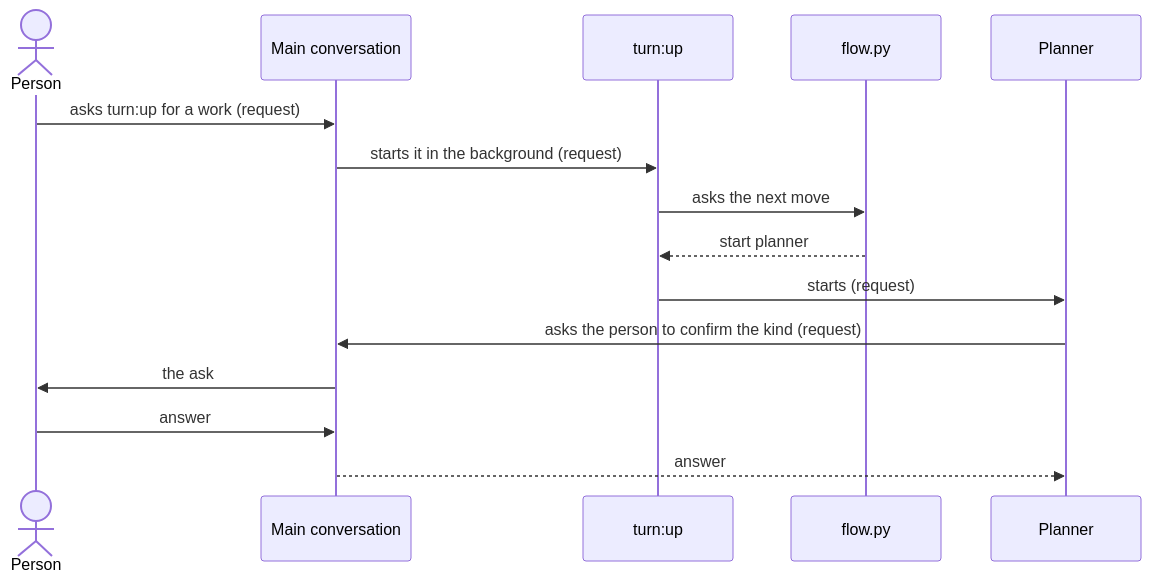
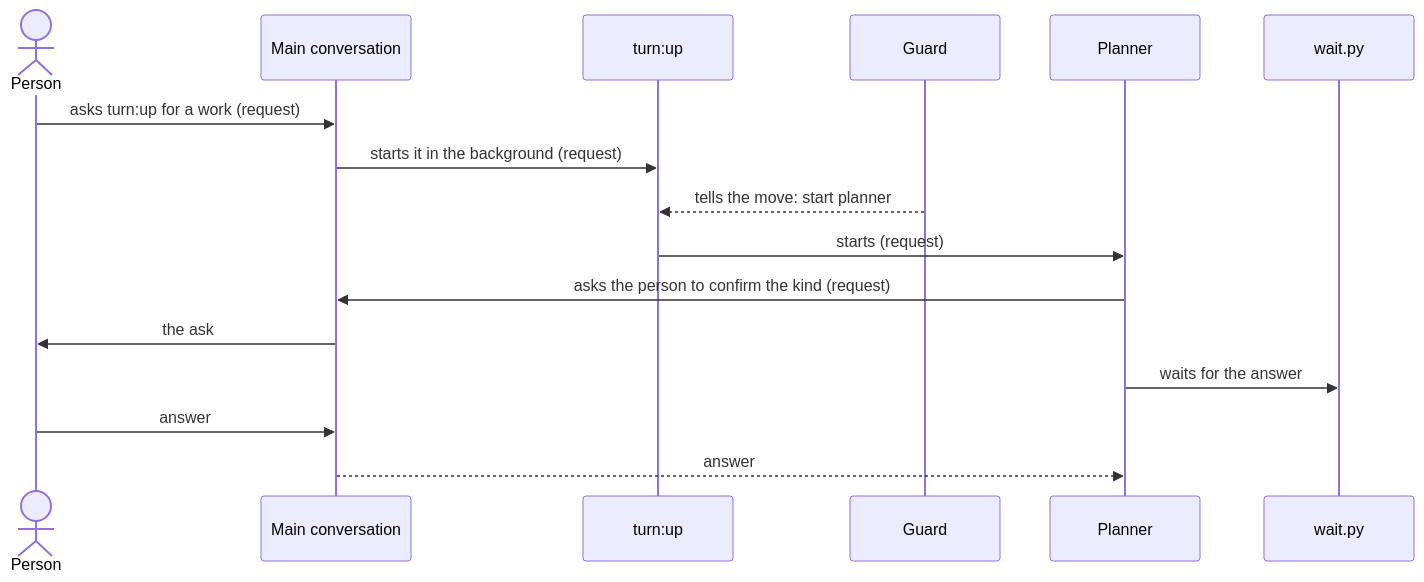
Before and after one commit to lovaizu/ccpm: the first of 6 diagrams in dev/turn/architecture.md, drawn with Mermaid. The commit also changed other lines of this file and 3 other files, not shown here.

````diff
--- a/dev/turn/architecture.md
+++ b/dev/turn/architecture.md
@@ -246,17 +242,18 @@
 ```mermaid
 sequenceDiagram
   actor P as Person
   participant M as Main conversation
   participant U as turn:up
-  participant F as flow.py
+  participant G as Guard
   participant PL as Planner
+  participant WT as wait.py
   P->>M: asks turn:up for a work (request)
   M->>U: starts it in the background (request)
-  U->>F: asks the next move
-  F-->>U: start planner
+  G-->>U: tells the move: start planner
   U->>PL: starts (request)
   PL->>M: asks the person to confirm the kind (request)
   M->>P: the ask
+  PL->>WT: waits for the answer
   P->>M: answer
   M-->>PL: answer
 ```
````
